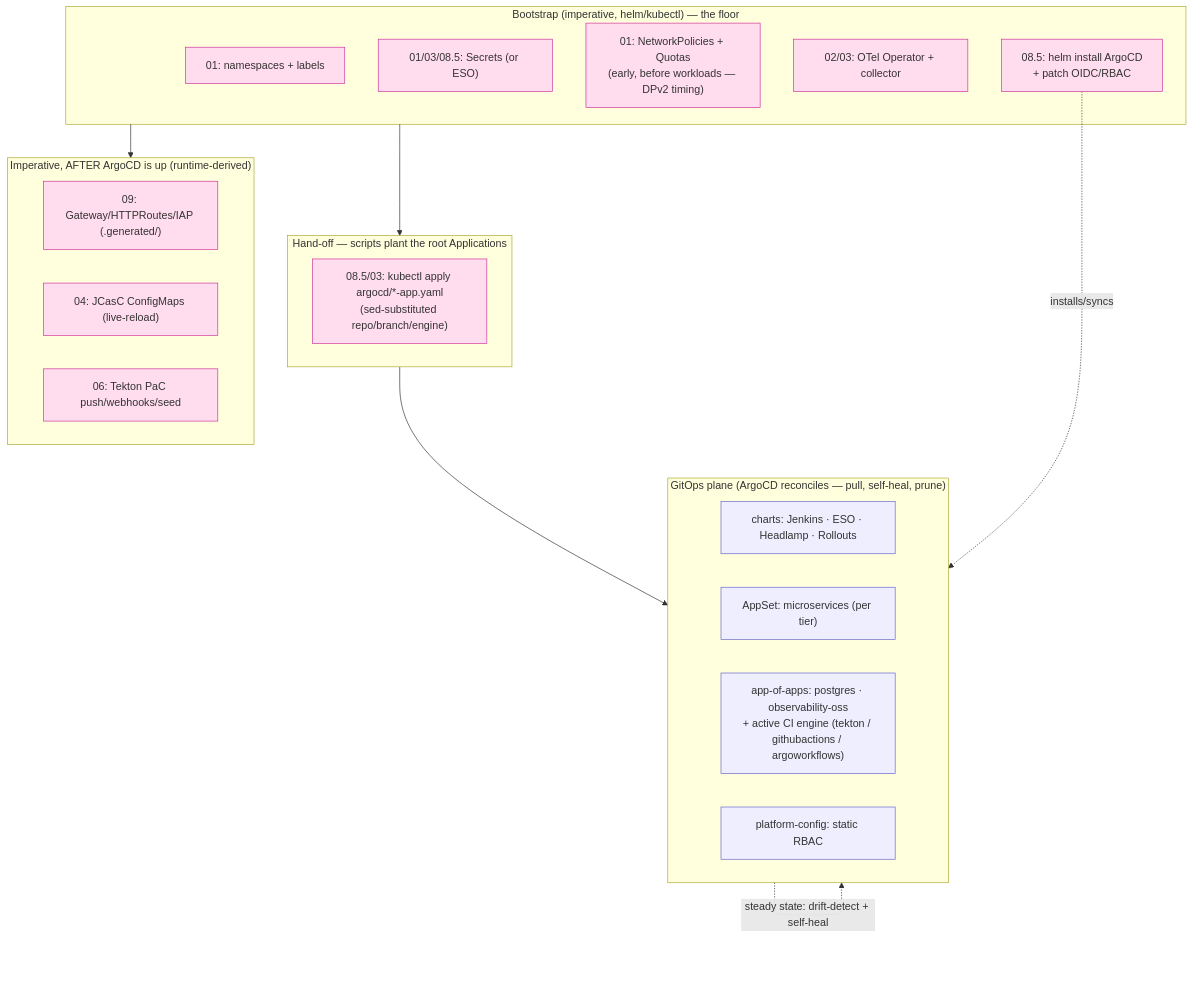
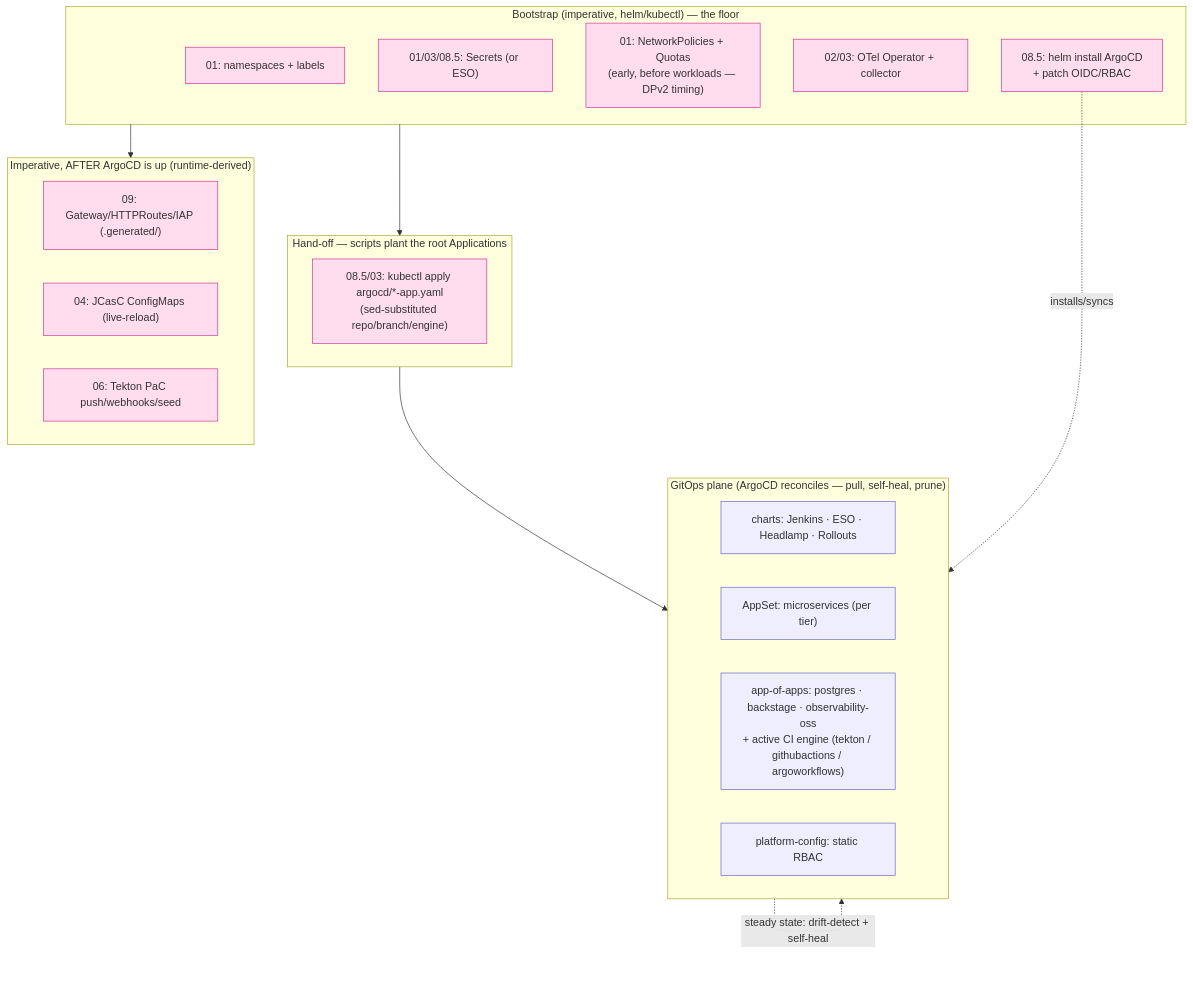
One commit to nubenetes/jenkins-2026 changed the sixth of 11 diagrams in docs/201-ARCHITECTURE.md. Above: the diagram before and after it, drawn with Mermaid. The commit also changed other lines of this file and 130 other files, not shown here.

````diff
--- a/docs/201-ARCHITECTURE.md
+++ b/docs/201-ARCHITECTURE.md
@@ -599,34 +606,34 @@
 ```mermaid
 flowchart TD
     subgraph BOOT["Bootstrap (imperative, helm/kubectl) — the floor"]
         NS["01: namespaces + labels"]
         SEC["01/03/08.5: Secrets (or ESO)"]
         NP["01: NetworkPolicies + Quotas<br/>(early, before workloads — DPv2 timing)"]
         OP["02/03: OTel Operator + collector"]
         ARGO["08.5: helm install ArgoCD<br/>+ patch OIDC/RBAC"]
     end
     subgraph PLANT["Hand-off — scripts plant the root Applications"]
         APPS["08.5/03: kubectl apply argocd/*-app.yaml<br/>(sed-substituted repo/branch/engine)"]
     end
     subgraph PULL["GitOps plane (ArgoCD reconciles — pull, self-heal, prune)"]
         CHARTS["charts: Jenkins · ESO · Headlamp · Rollouts"]
         FLEET["AppSet: microservices (per tier)"]
-        AOA["app-of-apps: postgres · observability-oss<br/>+ active CI engine (tekton / githubactions / argoworkflows)"]
+        AOA["app-of-apps: postgres · backstage · observability-oss<br/>+ active CI engine (tekton / githubactions / argoworkflows)"]
         PCFG["platform-config: static RBAC"]
     end
     subgraph RUNTIME["Imperative, AFTER ArgoCD is up (runtime-derived)"]
         GW["09: Gateway/HTTPRoutes/IAP (.generated/)"]
         JCASC["04: JCasC ConfigMaps (live-reload)"]
         SIDE["06: Tekton PaC push/webhooks/seed"]
     end
 
     BOOT --> PLANT --> PULL
     ARGO -.->|"installs/syncs"| PULL
     BOOT --> RUNTIME
     PULL -.->|"steady state: drift-detect + self-heal"| PULL
 
     classDef imp fill:#fde,stroke:#c39;
     classDef git fill:#eef,stroke:#66c;
     class NS,SEC,NP,OP,ARGO,APPS,GW,JCASC,SIDE imp;
     class CHARTS,FLEET,AOA,PCFG git;
 ```
````
